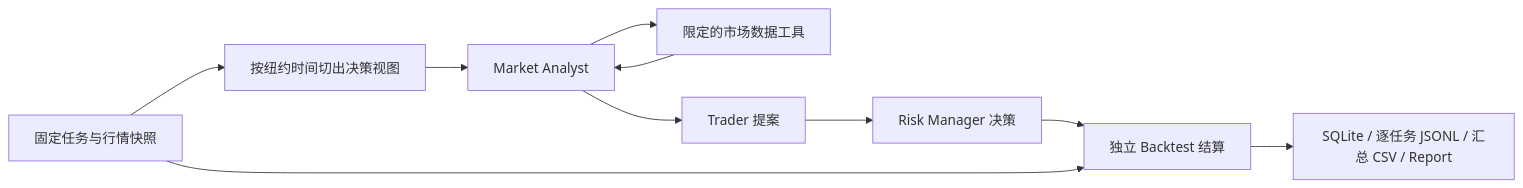
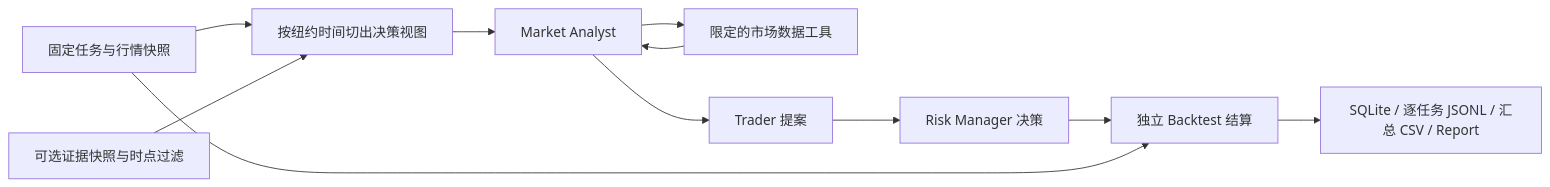
Before and after one commit to yicheng123123/TradingAgents-Lite: the diagram in docs/architecture.md, drawn with Mermaid. The commit also changed other lines of this file and 21 other files, not shown here.

````diff
--- a/docs/architecture.md
+++ b/docs/architecture.md
@@ -3,12 +3,13 @@
 ```mermaid
 flowchart LR
     S["固定任务与行情快照"] --> V["按纽约时间切出决策视图"]
     V --> M["Market Analyst"]
     M --> T["限定的市场数据工具"]
     T --> M
+    E["可选证据快照与时点过滤"] --> V
     M --> P["Trader 提案"]
     P --> R["Risk Manager 决策"]
     R --> B["独立 Backtest 结算"]
     S --> B
     B --> O["SQLite / 逐任务 JSONL / 汇总 CSV / Report"]
 ```
````
